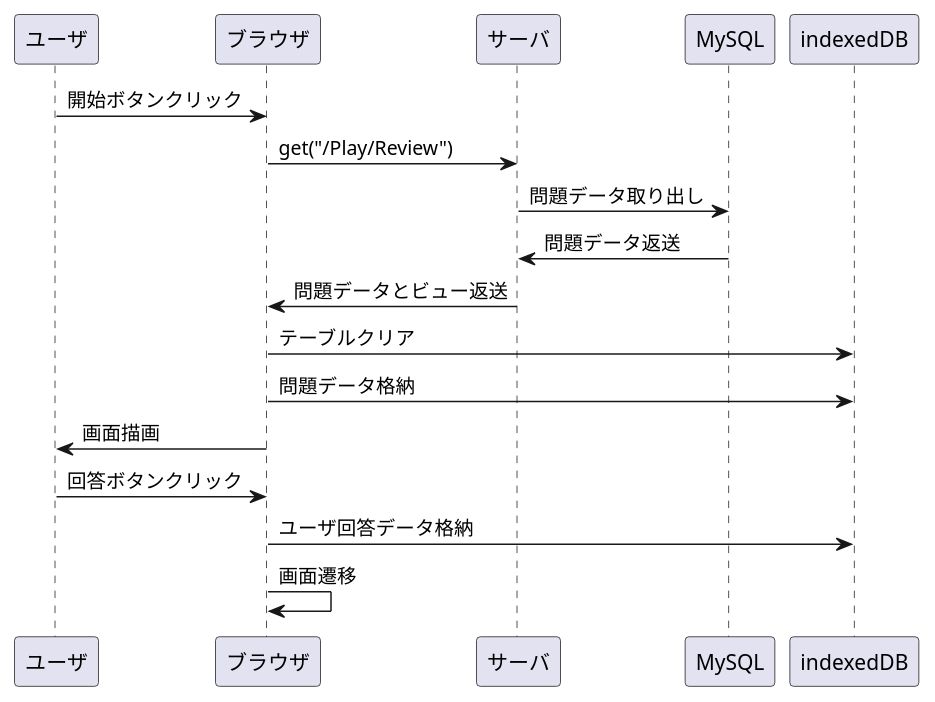
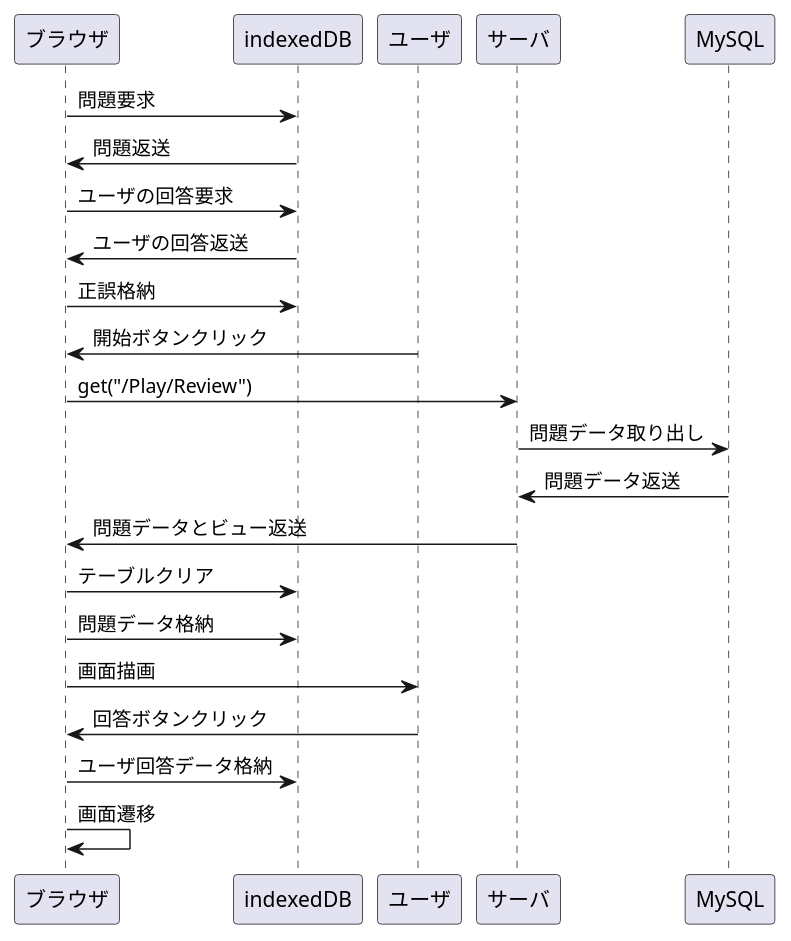
The diagram in design_documents/シーケンス図/回答画面→答え合わせ画面.md (SeiyaIwabuchi/independent_learning_system), drawn with PlantUML before and after one commit. The commit also changed 6 other files, not shown here.

````diff
--- a/design_documents/シーケンス図/回答画面→答え合わせ画面.md
+++ b/design_documents/シーケンス図/回答画面→答え合わせ画面.md
@@ -1,15 +1,21 @@
 ``` plantuml
 @startuml
+ブラウザ -> indexedDB : 問題要求
+indexedDB -> ブラウザ : 問題返送
+ブラウザ -> indexedDB : ユーザの回答要求
+indexedDB -> ブラウザ : ユーザの回答返送
+ブラウザ -> indexedDB : 正誤格納
+
 ユーザ -> ブラウザ : 開始ボタンクリック
 ブラウザ -> サーバ : get("/Play/Review")
 サーバ -> MySQL : 問題データ取り出し
 MySQL -> サーバ : 問題データ返送
 サーバ -> ブラウザ : 問題データとビュー返送
 ブラウザ -> indexedDB : テーブルクリア
 ブラウザ -> indexedDB : 問題データ格納
 ブラウザ -> ユーザ : 画面描画
 ユーザ -> ブラウザ : 回答ボタンクリック
 ブラウザ -> indexedDB : ユーザ回答データ格納
 ブラウザ -> ブラウザ : 画面遷移
 @enduml
 ```
````
